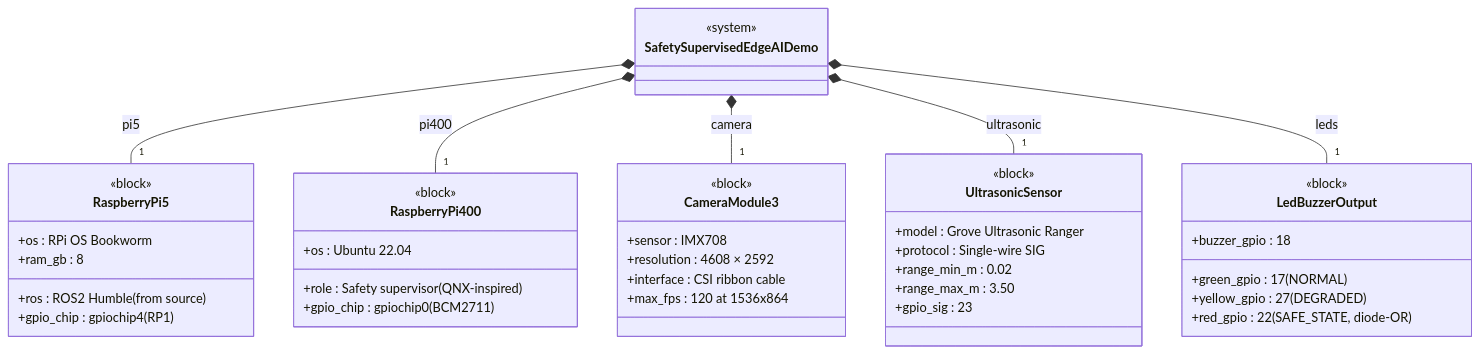
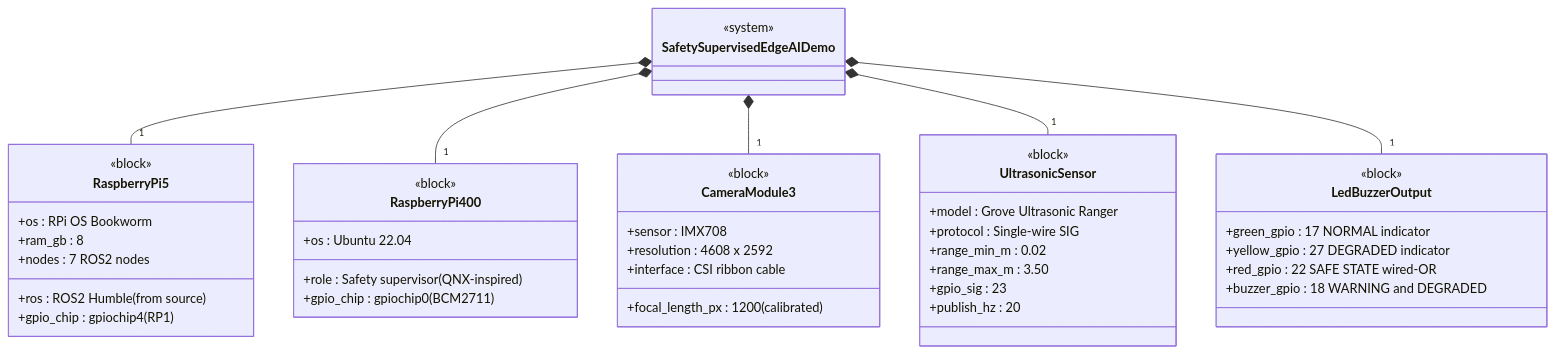
The first of 11 diagrams in docs/sysml/architecture_diagrams.md (tipou82/safety-supervised-edge-ai-demo), drawn with Mermaid before and after one commit. The commit also changed other lines of this file, not shown here.

First line of the commit message:
docs: update all 11 Mermaid diagrams to reflect final system (M0-M8)

````diff
--- a/docs/sysml/architecture_diagrams.md
+++ b/docs/sysml/architecture_diagrams.md
@@ -18,54 +16,56 @@
 ```mermaid
 classDiagram
     direction TB
 
     class SafetySupervisedEdgeAIDemo {
         <<system>>
     }
 
     class RaspberryPi5 {
         <<block>>
         +os : RPi OS Bookworm
         +ros : ROS2 Humble (from source)
         +ram_gb : 8
         +gpio_chip : gpiochip4 (RP1)
+        +nodes : 7 ROS2 nodes
     }
 
     class RaspberryPi400 {
         <<block>>
         +os : Ubuntu 22.04
         +role : Safety supervisor (QNX-inspired)
         +gpio_chip : gpiochip0 (BCM2711)
     }
 
     class CameraModule3 {
         <<block>>
         +sensor : IMX708
-        +resolution : 4608 × 2592
+        +resolution : 4608 x 2592
         +interface : CSI ribbon cable
-        +max_fps : 120 at 1536x864
+        +focal_length_px : 1200 (calibrated)
     }
 
     class UltrasonicSensor {
         <<block>>
         +model : Grove Ultrasonic Ranger
         +protocol : Single-wire SIG
         +range_min_m : 0.02
         +range_max_m : 3.50
         +gpio_sig : 23
+        +publish_hz : 20
     }
 
     class LedBuzzerOutput {
         <<block>>
-        +green_gpio : 17  (NORMAL)
-        +yellow_gpio : 27 (DEGRADED)
-        +red_gpio : 22    (SAFE_STATE, diode-OR)
-        +buzzer_gpio : 18
+        +green_gpio : 17  NORMAL indicator
+        +yellow_gpio : 27 DEGRADED indicator
+        +red_gpio : 22    SAFE STATE wired-OR
+        +buzzer_gpio : 18 WARNING and DEGRADED
     }
 
-    SafetySupervisedEdgeAIDemo *-- "1" RaspberryPi5       : pi5
-    SafetySupervisedEdgeAIDemo *-- "1" RaspberryPi400     : pi400
-    SafetySupervisedEdgeAIDemo *-- "1" CameraModule3      : camera
-    SafetySupervisedEdgeAIDemo *-- "1" UltrasonicSensor   : ultrasonic
-    SafetySupervisedEdgeAIDemo *-- "1" LedBuzzerOutput    : leds
+    SafetySupervisedEdgeAIDemo *-- "1" RaspberryPi5
+    SafetySupervisedEdgeAIDemo *-- "1" RaspberryPi400
+    SafetySupervisedEdgeAIDemo *-- "1" CameraModule3
+    SafetySupervisedEdgeAIDemo *-- "1" UltrasonicSensor
+    SafetySupervisedEdgeAIDemo *-- "1" LedBuzzerOutput
 ```
````
